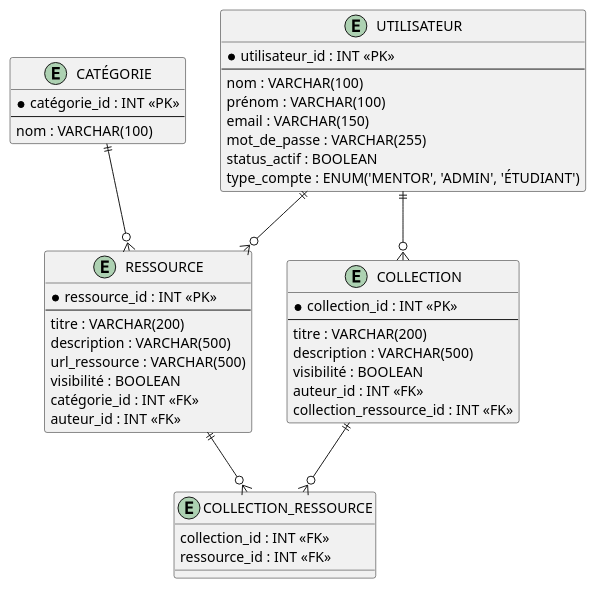
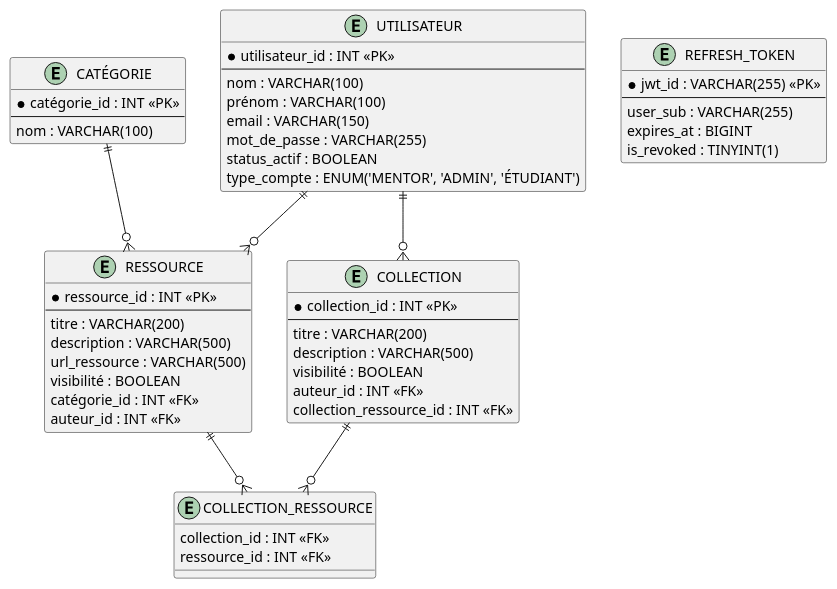
Before and after one commit to EmileDevGit/projet-final-api: the diagram in docs/diagrammes/ModeleRelationnel.puml, drawn with PlantUML. The commit also changed 10 other files, not shown here.

Commit message:
ajoue des test unitaire de auth et modification des  uml

```diff
--- a/docs/diagrammes/ModeleRelationnel.puml
+++ b/docs/diagrammes/ModeleRelationnel.puml
@@ -1,55 +1,63 @@
 @startuml
 
 
 entity "UTILISATEUR" as utilisateur {
   *utilisateur_id : INT <<PK>>
   --
   nom : VARCHAR(100)
   prénom : VARCHAR(100)
   email : VARCHAR(150)
   mot_de_passe : VARCHAR(255)
   status_actif : BOOLEAN
   type_compte : ENUM('MENTOR', 'ADMIN', 'ÉTUDIANT')
 }
 
 entity "CATÉGORIE" as categorie {
   *catégorie_id : INT <<PK>>
   --
   nom : VARCHAR(100)
 }
 
 entity "RESSOURCE" as ressource {
   *ressource_id : INT <<PK>>
   --
   titre : VARCHAR(200)
   description : VARCHAR(500)
   url_ressource : VARCHAR(500)
   visibilité : BOOLEAN
   catégorie_id : INT <<FK>>
   auteur_id : INT <<FK>>
 }
 
 entity "COLLECTION" as collection {
   *collection_id : INT <<PK>>
   --
   titre : VARCHAR(200)
   description : VARCHAR(500)
   visibilité : BOOLEAN
   auteur_id : INT <<FK>>
   collection_ressource_id : INT <<FK>>
 }
 
 entity "COLLECTION_RESSOURCE" as collection_ressource {
 	collection_id : INT <<FK>>
 	ressource_id : INT <<FK>>
 }
 
+entity "REFRESH_TOKEN" as refresh_token {
+  *jwt_id : VARCHAR(255) <<PK>>
+  --
+  user_sub : VARCHAR(255)
+  expires_at : BIGINT
+  is_revoked : TINYINT(1)
+}
+
 
 
 utilisateur ||--o{ ressource
 categorie ||--o{ ressource 
 utilisateur ||--o{ collection 
 ressource ||--o{ collection_ressource
 collection ||--o{ collection_ressource
 
 @enduml
```
